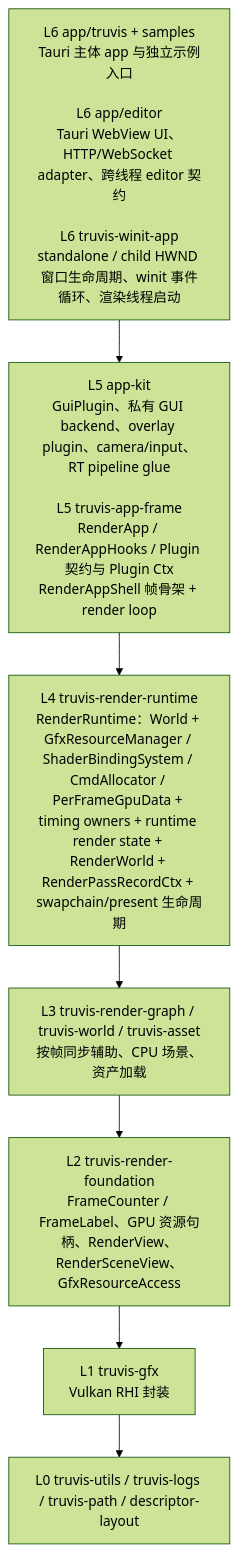
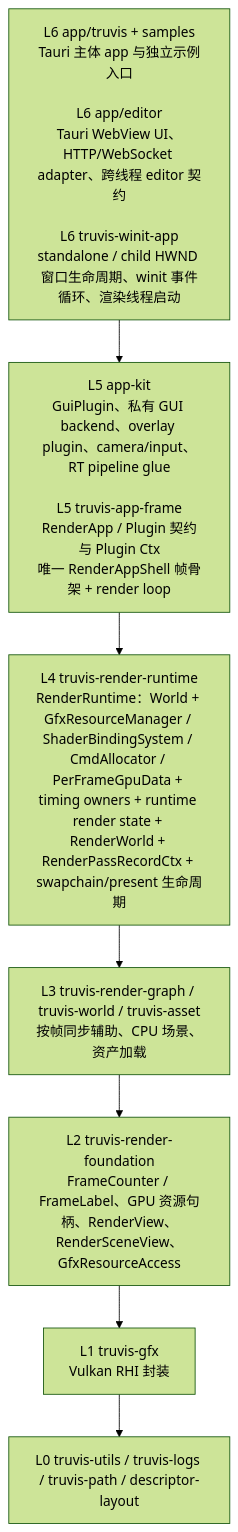
One commit to acccoco/TruvisRenderer changed the first of 2 diagrams in docs/summaries/layering-and-dependency-boundaries.md. Above: the diagram before and after it, drawn with Mermaid (forest theme). The commit also changed other lines of this file and 24 other files, not shown here.

Commit message:
[update/app-frame] 收敛 RenderApp 契约并非泛型化 RenderAppShell

````diff
--- a/docs/summaries/layering-and-dependency-boundaries.md
+++ b/docs/summaries/layering-and-dependency-boundaries.md
@@ -9,11 +9,11 @@
 ```mermaid
 flowchart TB
     L6["L6 app/truvis + samples<br/>Tauri 主体 app 与独立示例入口<br/><br/>L6 app/editor<br/>Tauri WebView UI、HTTP/WebSocket adapter、跨线程 editor 契约<br/><br/>L6 truvis-winit-app<br/>standalone / child HWND 窗口生命周期、winit 事件循环、渲染线程启动"]
-    L5["L5 app-kit<br/>GuiPlugin、私有 GUI backend、overlay plugin、camera/input、RT pipeline glue<br/><br/>L5 truvis-app-frame<br/>RenderApp / RenderAppHooks / Plugin 契约与 Plugin Ctx<br/>RenderAppShell 帧骨架 + render loop"]
+    L5["L5 app-kit<br/>GuiPlugin、私有 GUI backend、overlay plugin、camera/input、RT pipeline glue<br/><br/>L5 truvis-app-frame<br/>RenderApp / Plugin 契约与 Plugin Ctx<br/>唯一 RenderAppShell 帧骨架 + render loop"]
     L4["L4 truvis-render-runtime<br/>RenderRuntime：World + GfxResourceManager / ShaderBindingSystem / CmdAllocator / PerFrameGpuData + timing owners + runtime render state + RenderWorld + RenderPassRecordCtx + swapchain/present 生命周期"]
     L3["L3 truvis-render-graph / truvis-world / truvis-asset<br/>按帧同步辅助、CPU 场景、资产加载"]
     L2["L2 truvis-render-foundation<br/>FrameCounter / FrameLabel、GPU 资源句柄、RenderView、RenderSceneView、GfxResourceAccess"]
     L1["L1 truvis-gfx<br/>Vulkan RHI 封装"]
     L0["L0 truvis-utils / truvis-logs / truvis-path / descriptor-layout"]
     L6 --> L5 --> L4 --> L3 --> L2 --> L1 --> L0
 ```
````
